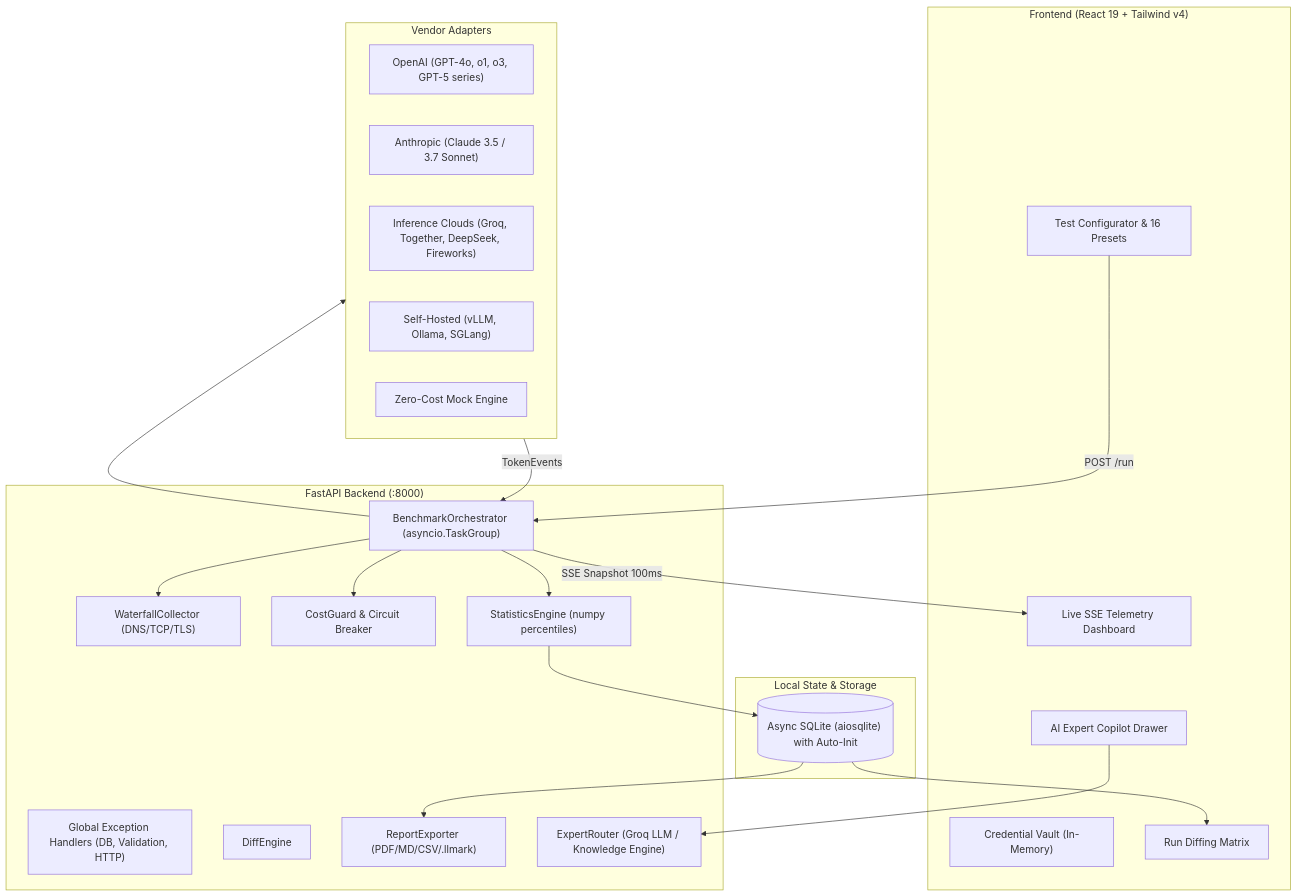
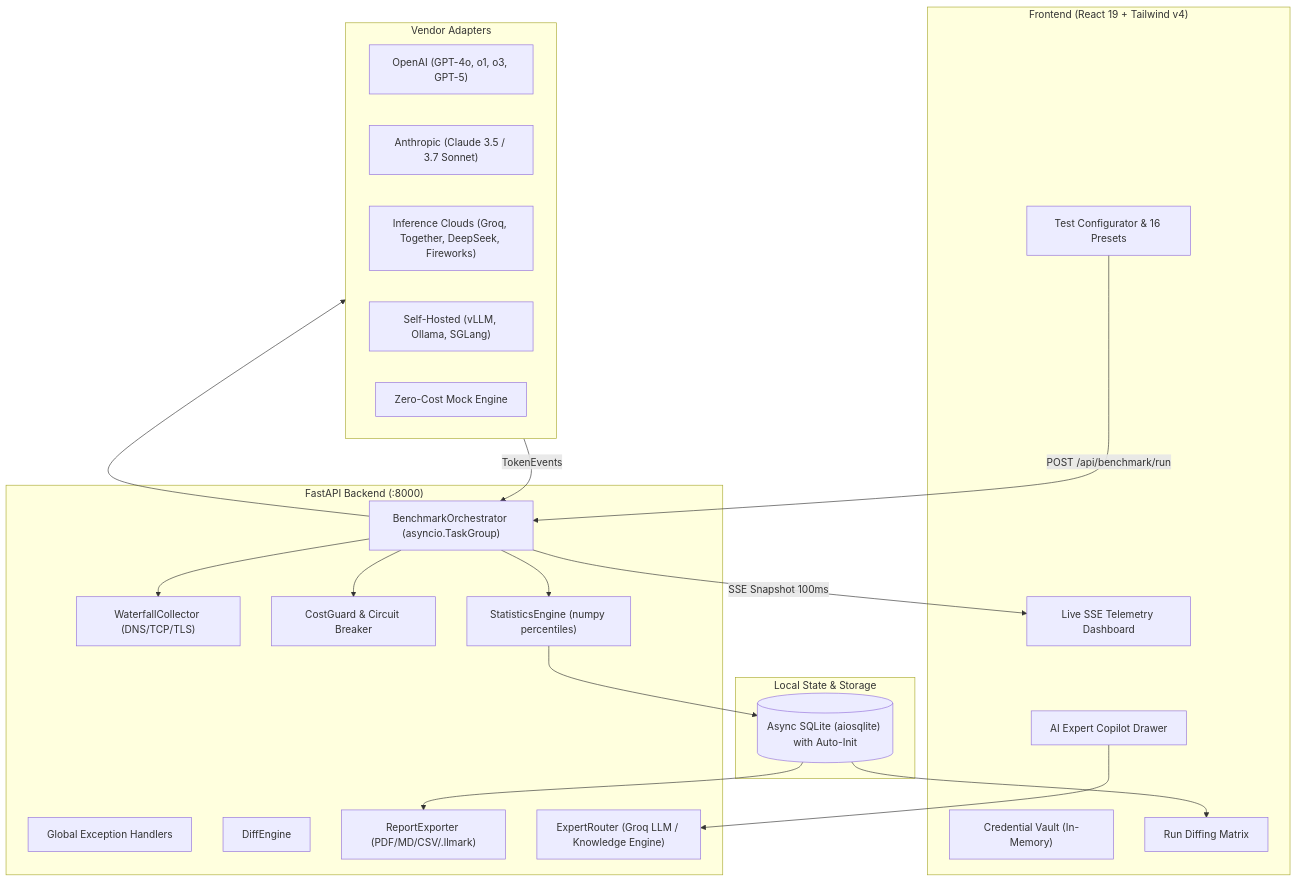
The diagram in README.md (cosmos-127/llmark), drawn with Mermaid before and after one commit. The commit also changed other lines of this file and 6 other files, not shown here.

````diff
--- a/README.md
+++ b/README.md
@@ -71,45 +158,45 @@
 ```mermaid
 flowchart TD
     subgraph UI["Frontend (React 19 + Tailwind v4)"]
         CV["Credential Vault (In-Memory)"]
         TC["Test Configurator & 16 Presets"]
         LD["Live SSE Telemetry Dashboard"]
         DV["Run Diffing Matrix"]
         EX["AI Expert Copilot Drawer"]
     end
 
     subgraph API["FastAPI Backend (:8000)"]
-        EH["Global Exception Handlers (DB, Validation, HTTP)"]
+        EH["Global Exception Handlers"]
         BO["BenchmarkOrchestrator (asyncio.TaskGroup)"]
         WC["WaterfallCollector (DNS/TCP/TLS)"]
         CG["CostGuard & Circuit Breaker"]
         SE["StatisticsEngine (numpy percentiles)"]
         DE["DiffEngine"]
         RE["ReportExporter (PDF/MD/CSV/.llmark)"]
         EXP["ExpertRouter (Groq LLM / Knowledge Engine)"]
     end
 
     subgraph Adapters["Vendor Adapters"]
-        A1["OpenAI (GPT-4o, o1, o3, GPT-5 series)"]
+        A1["OpenAI (GPT-4o, o1, o3, GPT-5)"]
         A2["Anthropic (Claude 3.5 / 3.7 Sonnet)"]
         A3["Inference Clouds (Groq, Together, DeepSeek, Fireworks)"]
         A4["Self-Hosted (vLLM, Ollama, SGLang)"]
         A5["Zero-Cost Mock Engine"]
     end
 
     subgraph DB["Local State & Storage"]
         SQL[("Async SQLite (aiosqlite) with Auto-Init")]
     end
 
-    TC -->|POST /run| BO
+    TC -->|POST /api/benchmark/run| BO
     BO --> WC
     BO --> CG
     BO --> Adapters
     Adapters -->|TokenEvents| BO
     BO -->|SSE Snapshot 100ms| LD
     BO --> SE
     SE --> SQL
     SQL --> DV
     SQL --> RE
     EX --> EXP
 ```
````
